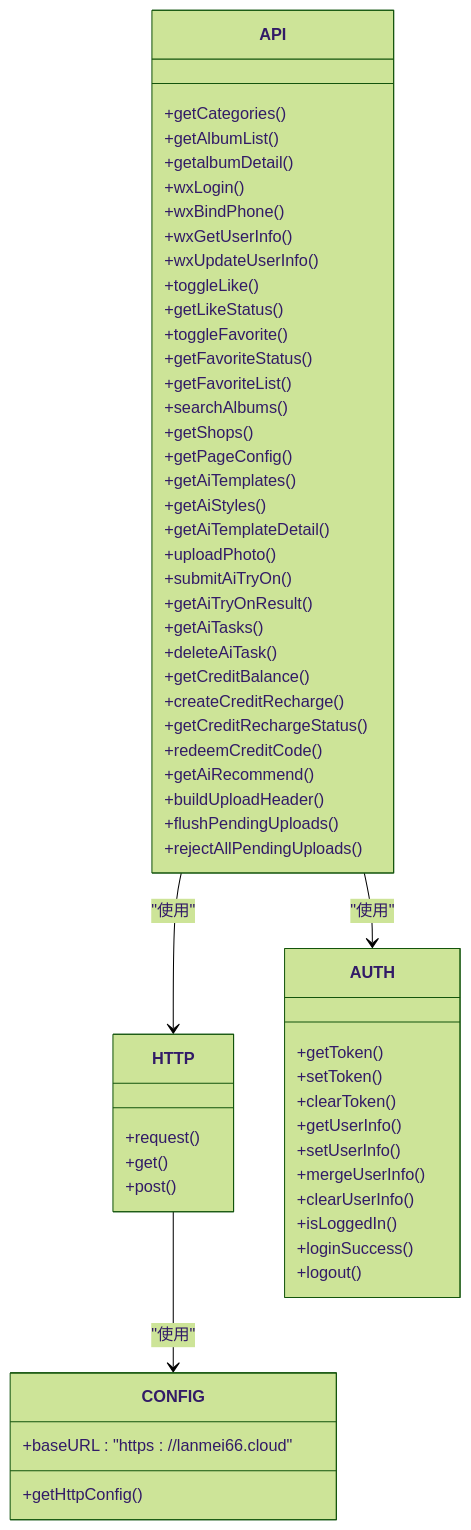
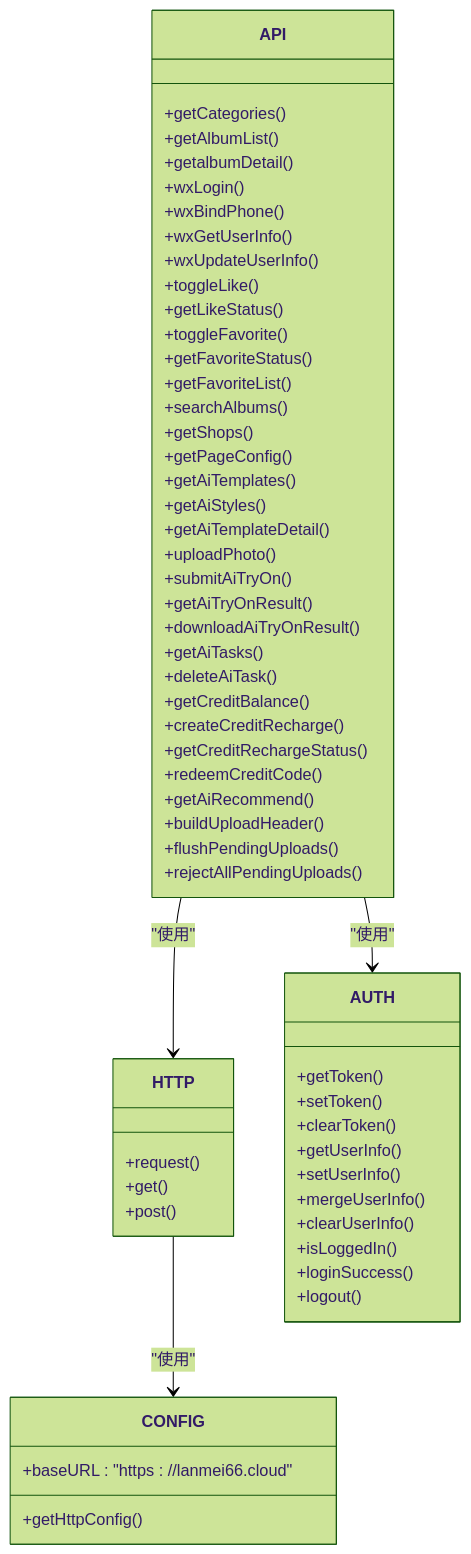
Before and after one commit to crazyma99/blueberry: the third of 3 diagrams in .qoder/repowiki/zh/content/工具模块详解/API接口封装层.md, drawn with Mermaid (forest theme). The commit also changed other lines of this file and 6 other files, not shown here.

````diff
--- a/.qoder/repowiki/zh/content/工具模块详解/API接口封装层.md
+++ b/.qoder/repowiki/zh/content/工具模块详解/API接口封装层.md
@@ -635,60 +654,61 @@
 ```mermaid
 classDiagram
 class API {
 +getCategories()
 +getAlbumList()
 +getalbumDetail()
 +wxLogin()
 +wxBindPhone()
 +wxGetUserInfo()
 +wxUpdateUserInfo()
 +toggleLike()
 +getLikeStatus()
 +toggleFavorite()
 +getFavoriteStatus()
 +getFavoriteList()
 +searchAlbums()
 +getShops()
 +getPageConfig()
 +getAiTemplates()
 +getAiStyles()
 +getAiTemplateDetail()
 +uploadPhoto()
 +submitAiTryOn()
 +getAiTryOnResult()
++downloadAiTryOnResult()
 +getAiTasks()
 +deleteAiTask()
 +getCreditBalance()
 +createCreditRecharge()
 +getCreditRechargeStatus()
 +redeemCreditCode()
 +getAiRecommend()
 +buildUploadHeader()
 +flushPendingUploads()
 +rejectAllPendingUploads()
 }
 class HTTP {
 +request()
 +get()
 +post()
 }
 class AUTH {
 +getToken()
 +setToken()
 +clearToken()
 +getUserInfo()
 +setUserInfo()
 +mergeUserInfo()
 +clearUserInfo()
 +isLoggedIn()
 +loginSuccess()
 +logout()
 }
 class CONFIG {
 +getHttpConfig()
 +baseURL : "https : //lanmei66.cloud"
 }
 API --> HTTP : "使用"
 API --> AUTH : "使用"
 HTTP --> CONFIG : "使用"
 ```
````
